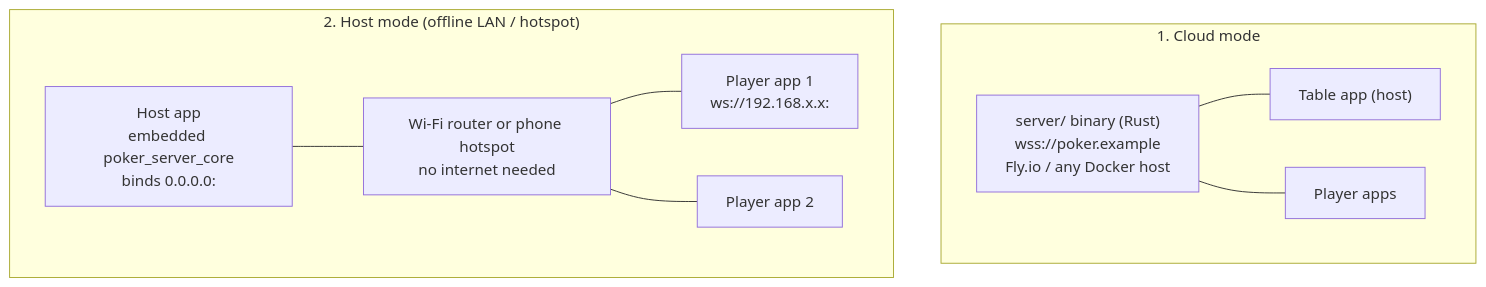
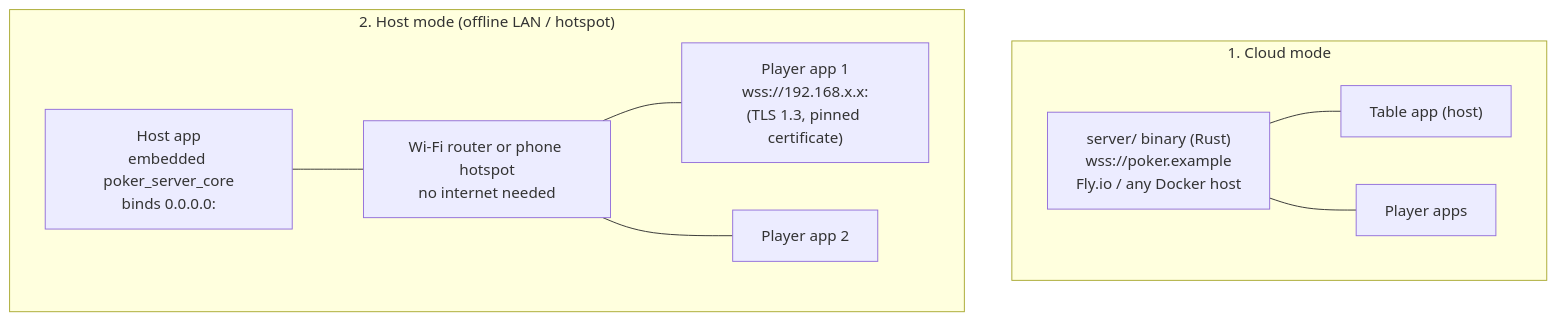
Before and after one commit to DimathJayasinghe/poker-credits: the fourth of 6 diagrams in docs/ARCHITECTURE.md, drawn with Mermaid. The commit also changed other lines of this file and 9 other files, not shown here.

````diff
--- a/docs/ARCHITECTURE.md
+++ b/docs/ARCHITECTURE.md
@@ -196,20 +196,20 @@
 ```mermaid
 graph TB
     subgraph Cloud ["1. Cloud mode"]
         CloudServer["server/ binary (Rust)\nwss://poker.example\nFly.io / any Docker host"]
         TV1["Table app (host)"]
         Phone1["Player apps"]
         CloudServer --- TV1
         CloudServer --- Phone1
     end
 
     subgraph Lan ["2. Host mode (offline LAN / hotspot)"]
         HostApp["Host app\nembedded poker_server_core\nbinds 0.0.0.0:<port>"]
         Wifi["Wi-Fi router or phone hotspot\nno internet needed"]
-        P1["Player app 1\nws://192.168.x.x:<port>"]
+        P1["Player app 1\nwss://192.168.x.x:<port>\n(TLS 1.3, pinned certificate)"]
         P2["Player app 2"]
         HostApp --- Wifi
         Wifi --- P1
         Wifi --- P2
     end
 ```
````
